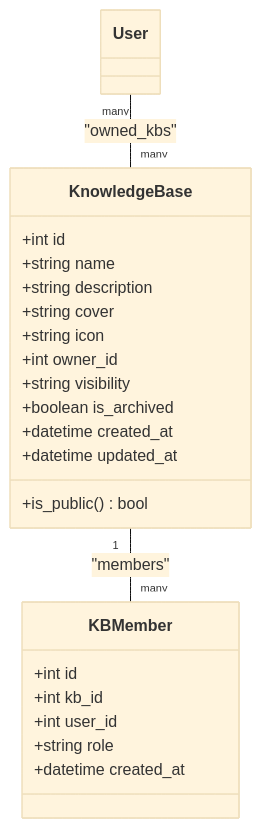
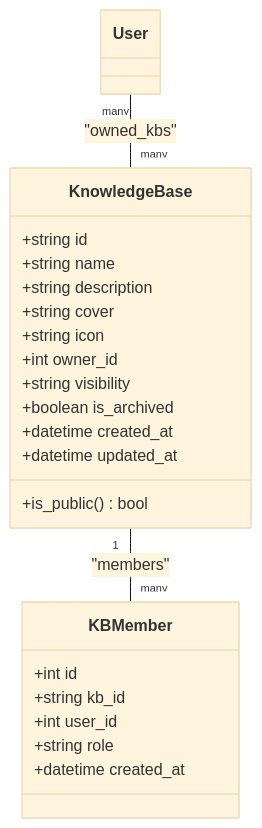
The fourth of 7 diagrams in .qoder/repowiki/zh/content/数据模型设计/数据模型设计.md (beyondalbert/my_wiki), drawn with Mermaid (base theme) before and after one commit. The commit also changed other lines of this file and 21 other files, not shown here.

````diff
--- a/.qoder/repowiki/zh/content/数据模型设计/数据模型设计.md
+++ b/.qoder/repowiki/zh/content/数据模型设计/数据模型设计.md
@@ -253,25 +281,25 @@
 ```mermaid
 classDiagram
 class KnowledgeBase {
-+int id
++string id
 +string name
 +string description
 +string cover
 +string icon
 +int owner_id
 +string visibility
 +boolean is_archived
 +datetime created_at
 +datetime updated_at
 +is_public() bool
 }
 class KBMember {
 +int id
-+int kb_id
++string kb_id
 +int user_id
 +string role
 +datetime created_at
 }
 KnowledgeBase "1" -- "many" KBMember : "members"
 User "many" -- "many" KnowledgeBase : "owned_kbs"
 ```
````
